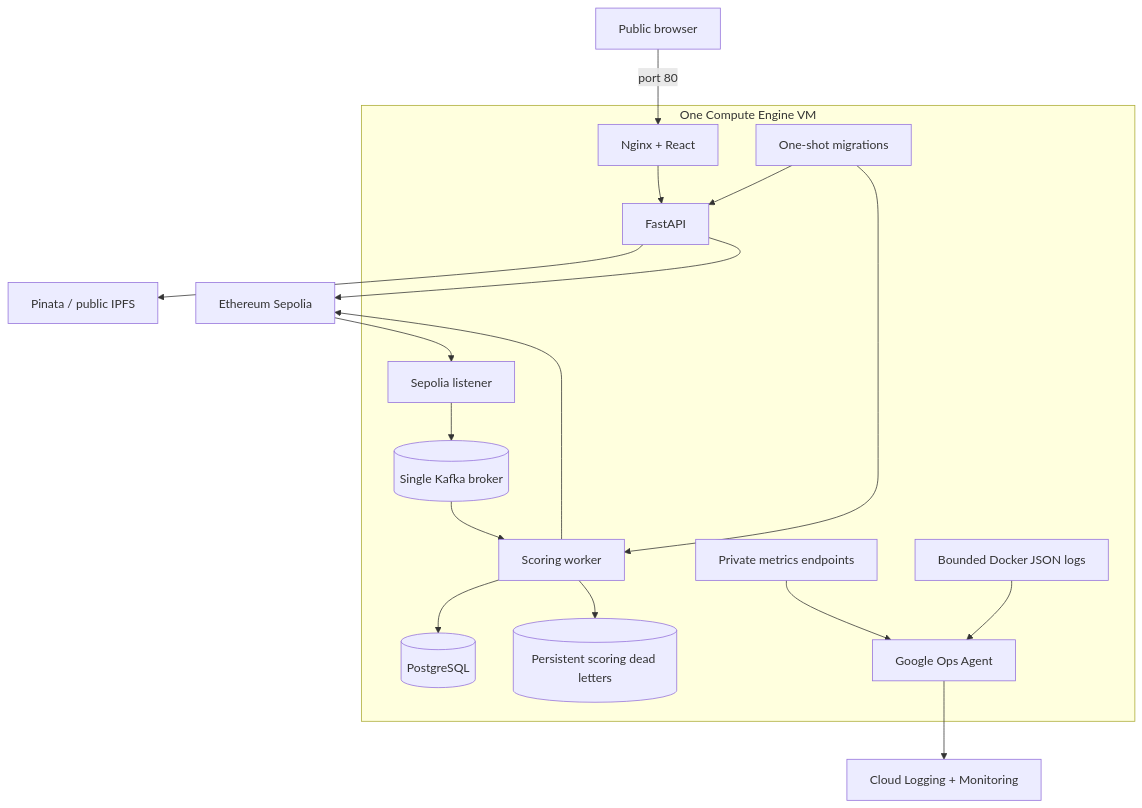
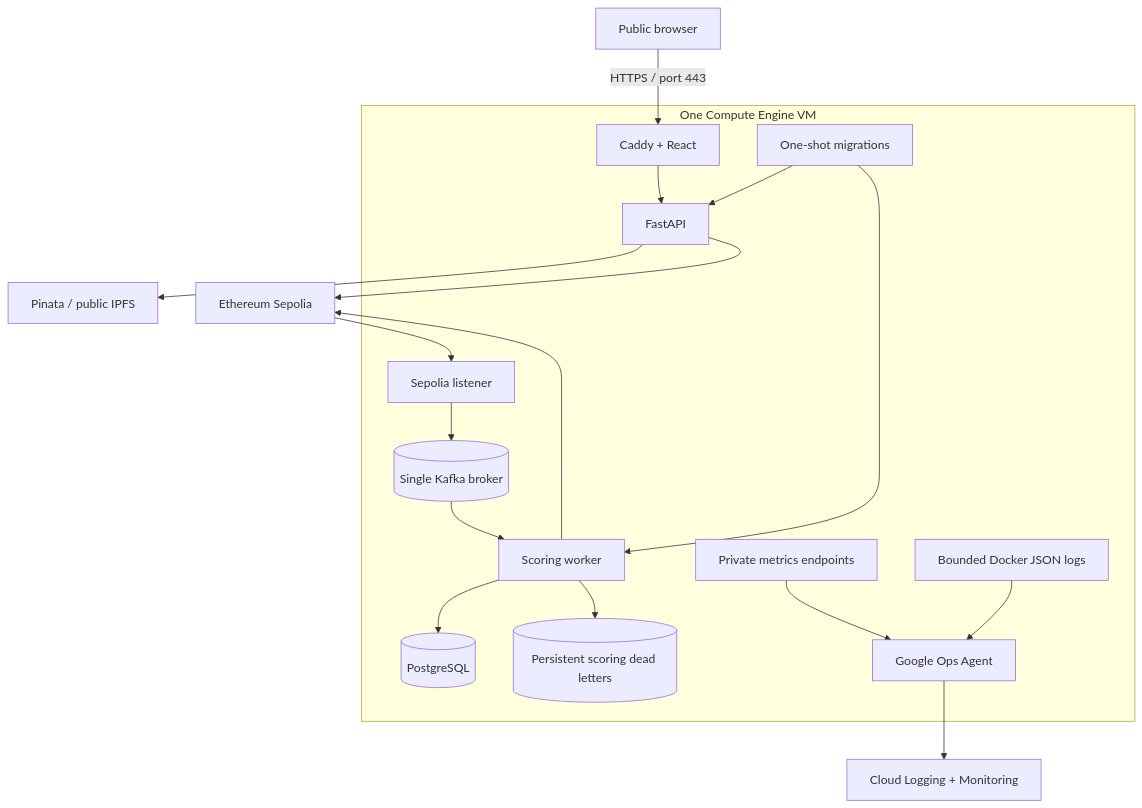
The first of 3 diagrams in infrastructure/gcp/README.md (ganesh1997oli/Decentralized-Claims-Registry), drawn with Mermaid before and after one commit. The commit also changed other lines of this file and 19 other files, not shown here.

````diff
--- a/infrastructure/gcp/README.md
+++ b/infrastructure/gcp/README.md
@@ -36,22 +33,22 @@
 ```mermaid
 flowchart TB
-    User["Public browser"] -->|"port 80"| Web["Nginx + React"]
+    User["Public browser"] -->|"HTTPS / port 443"| Web["Caddy + React"]
 
     subgraph VM["One Compute Engine VM"]
         Web --> API["FastAPI"]
         Listener["Sepolia listener"] --> Kafka[("Single Kafka broker")]
         Kafka --> Worker["Scoring worker"]
         Worker --> DB[("PostgreSQL")]
         Worker --> Quarantine[("Persistent scoring dead letters")]
         Migrate["One-shot migrations"] --> API
         Migrate --> Worker
         Metrics["Private metrics endpoints"] --> Agent["Google Ops Agent"]
         Logs["Bounded Docker JSON logs"] --> Agent
     end
 
     API --> IPFS["Pinata / public IPFS"]
     API --> Sepolia["Ethereum Sepolia"]
     Sepolia --> Listener
     Worker --> Sepolia
     Agent --> Cloud["Cloud Logging + Monitoring"]
 ```
````
